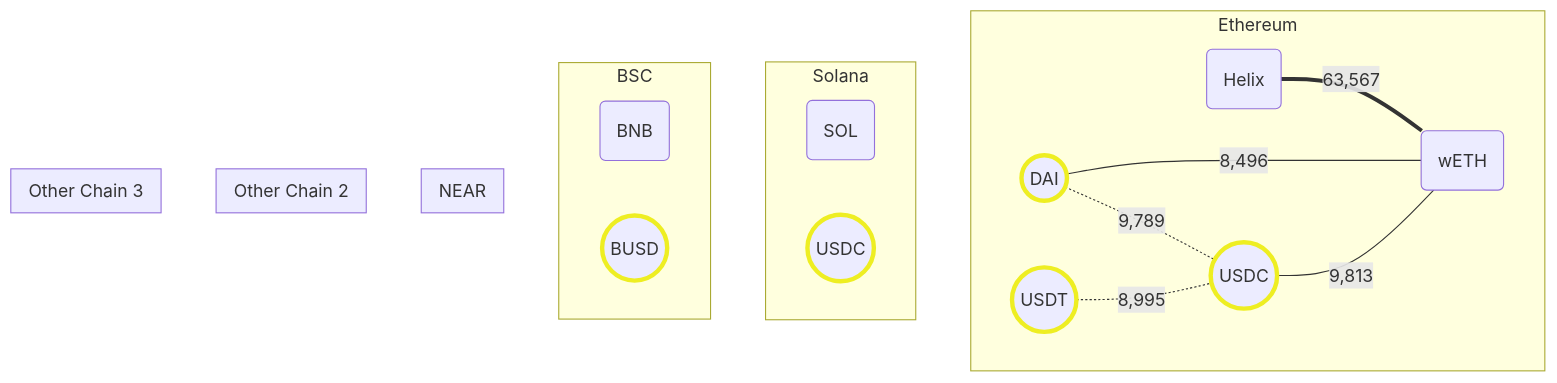
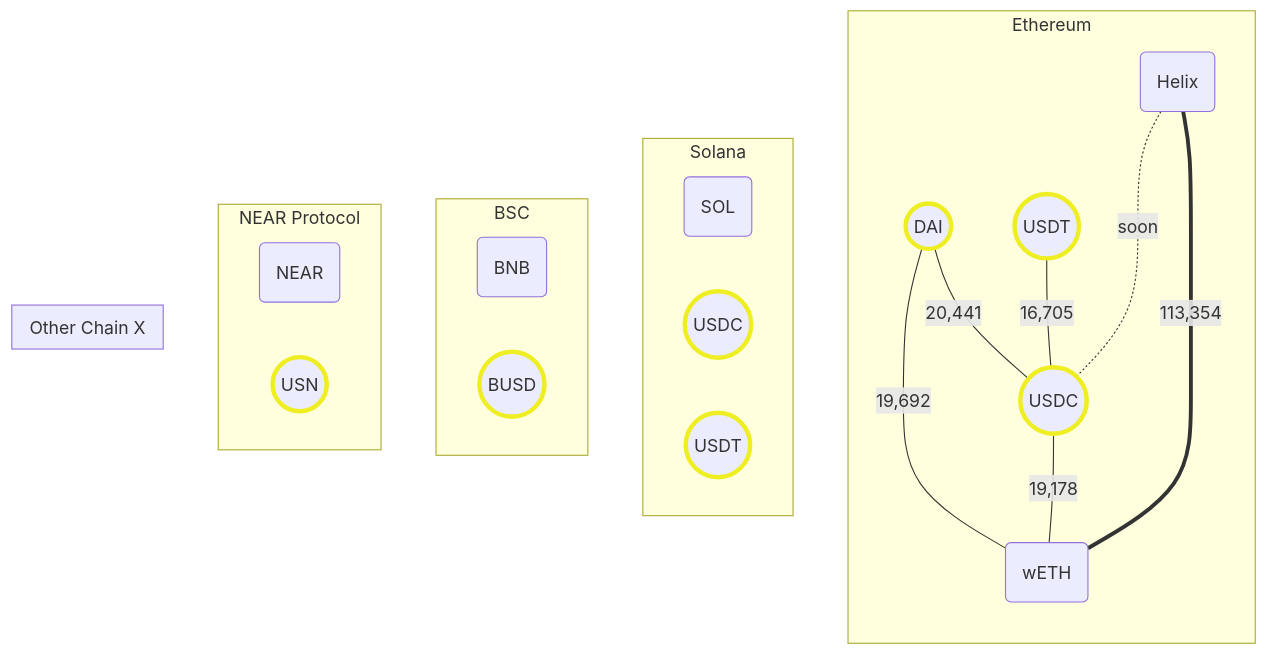
The diagram in helix-finance/liquidity-pools.md (WaggMe/documentation-examples), drawn with Mermaid before and after one commit.

````diff
--- a/helix-finance/liquidity-pools.md
+++ b/helix-finance/liquidity-pools.md
@@ -6,36 +6,39 @@
 ```mermaid
+
 flowchart
     classDef stable fill:#ggg,stroke:#EE2,stroke-width:4px;
 
     subgraph Ethereum
+        direction TB
         wETH(wETH)
         Helix(Helix)
         ETH_USDC((USDC)):::stable
         ETH_USDT((USDT)):::stable
         DAI((DAI)):::stable
-        Helix === |63,567| wETH
-        DAI -.- |9,789| ETH_USDC
-        ETH_USDC --- |9,813| wETH
-        DAI --- |8,496| wETH
-        ETH_USDT -.- |8,995| ETH_USDC
+        Helix === |113,354| wETH
+        DAI --- |20,441| ETH_USDC
+        ETH_USDC --- |19,178| wETH
+        DAI --- |19,692| wETH
+        ETH_USDT --- |16,705| ETH_USDC
+        Helix -..- |soon| ETH_USDC
     end
 
     subgraph Solana
         Sol(SOL)
         SOL_USDC((USDC)):::stable
+        SOL_USDT((USDT)):::stable
     end
 
     subgraph BSC
         BNB(BNB)
         BUSDC((BUSD)):::stable
     end
 
-    subgraph NEAR
+    subgraph NEAR Protocol
+        NEAR(NEAR)
+        USN((USN)):::stable
     end
 
-    subgraph Other Chain 2
-    end
-
-    subgraph Other Chain 3
+    subgraph Other Chain X
     end
 ```
````
